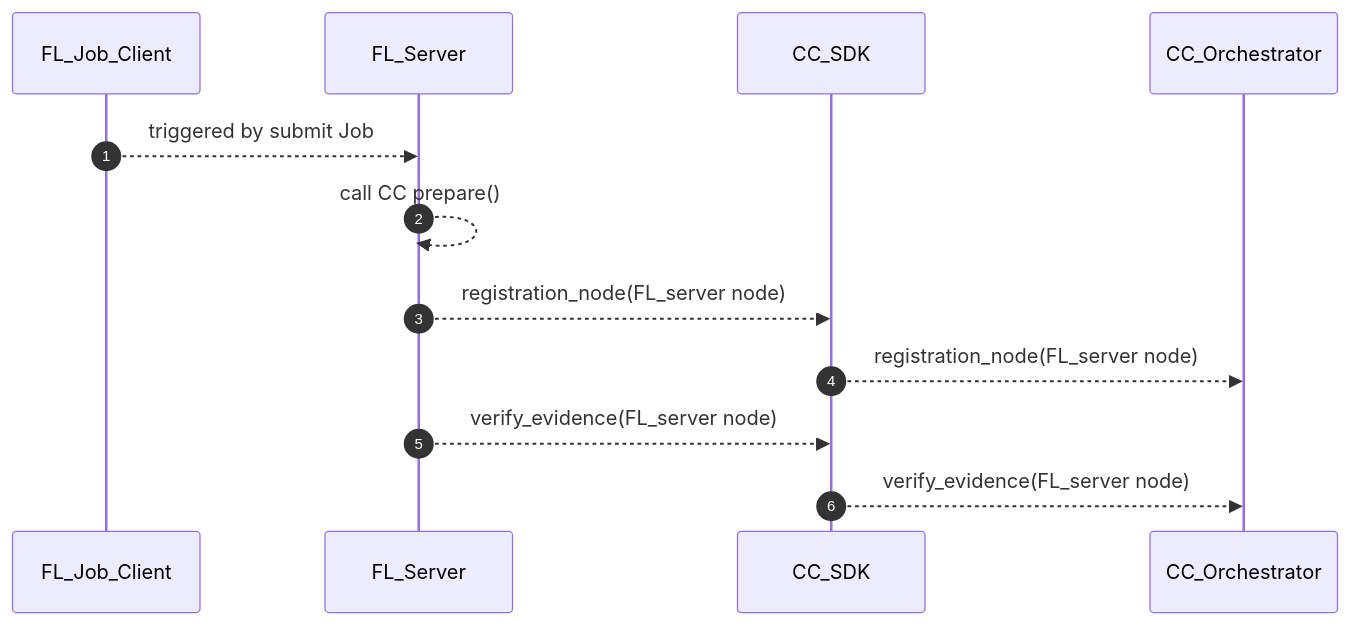
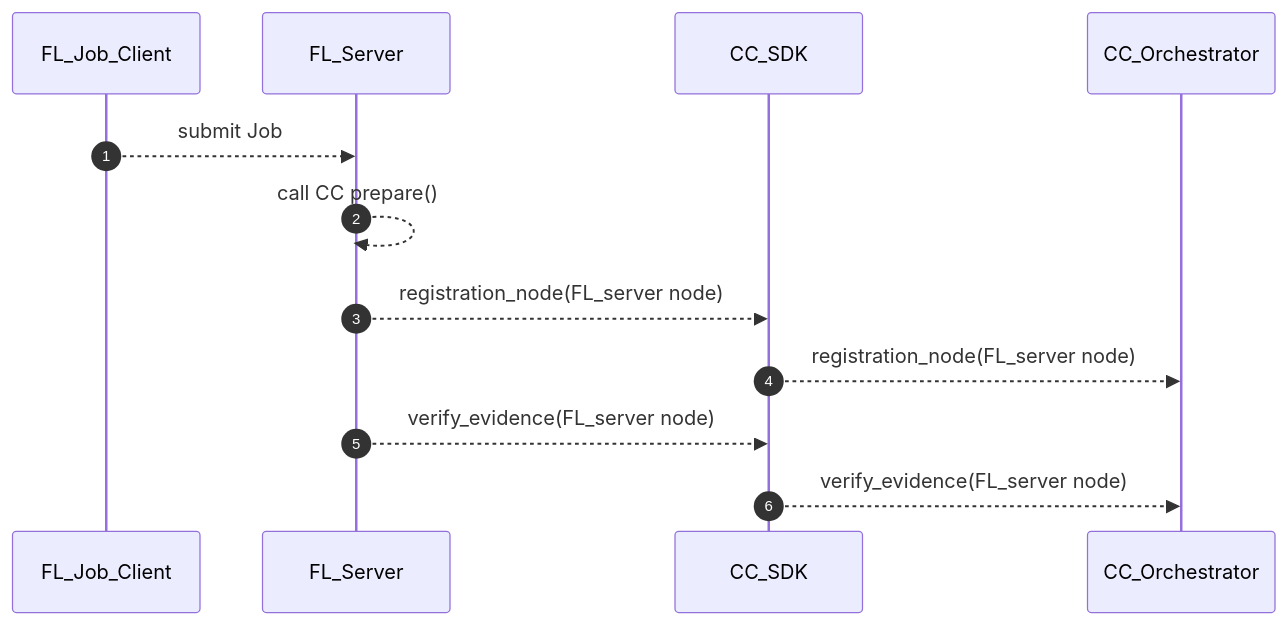
One commit to hitesh-ag1/NVFlare changed the eighth of 13 diagrams in docs/confidential_computing/detailed_cc_sequence_diagram.md. Above: the diagram before and after it, drawn with Mermaid.

Commit message:
Sequence diagram for CC

````diff
--- a/docs/confidential_computing/detailed_cc_sequence_diagram.md
+++ b/docs/confidential_computing/detailed_cc_sequence_diagram.md
@@ -191,16 +191,16 @@
 ```mermaid
 sequenceDiagram
    autonumber
     participant FL_Job_Client
     participant FL_Server
     participant CC_SDK
     participant CC_Orchestrator
     
-    FL_Job_Client -->> FL_Server: triggered by submit Job
+    FL_Job_Client -->> FL_Server: submit Job
     FL_Server -->> FL_Server: call CC prepare() 
     FL_Server -->> CC_SDK: registration_node(FL_server node)
     CC_SDK -->> CC_Orchestrator: registration_node(FL_server node)
     FL_Server -->> CC_SDK: verify_evidence(FL_server node)
     CC_SDK -->> CC_Orchestrator: verify_evidence(FL_server node)
     
 ```
````
